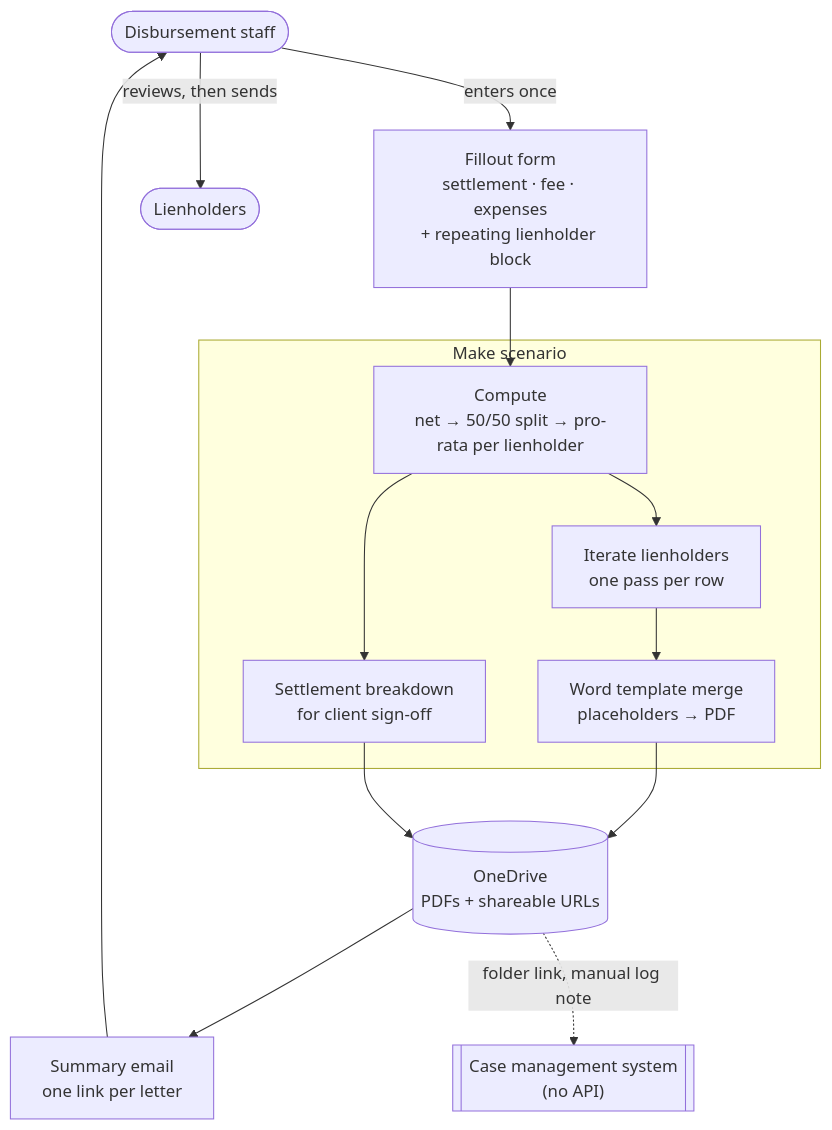
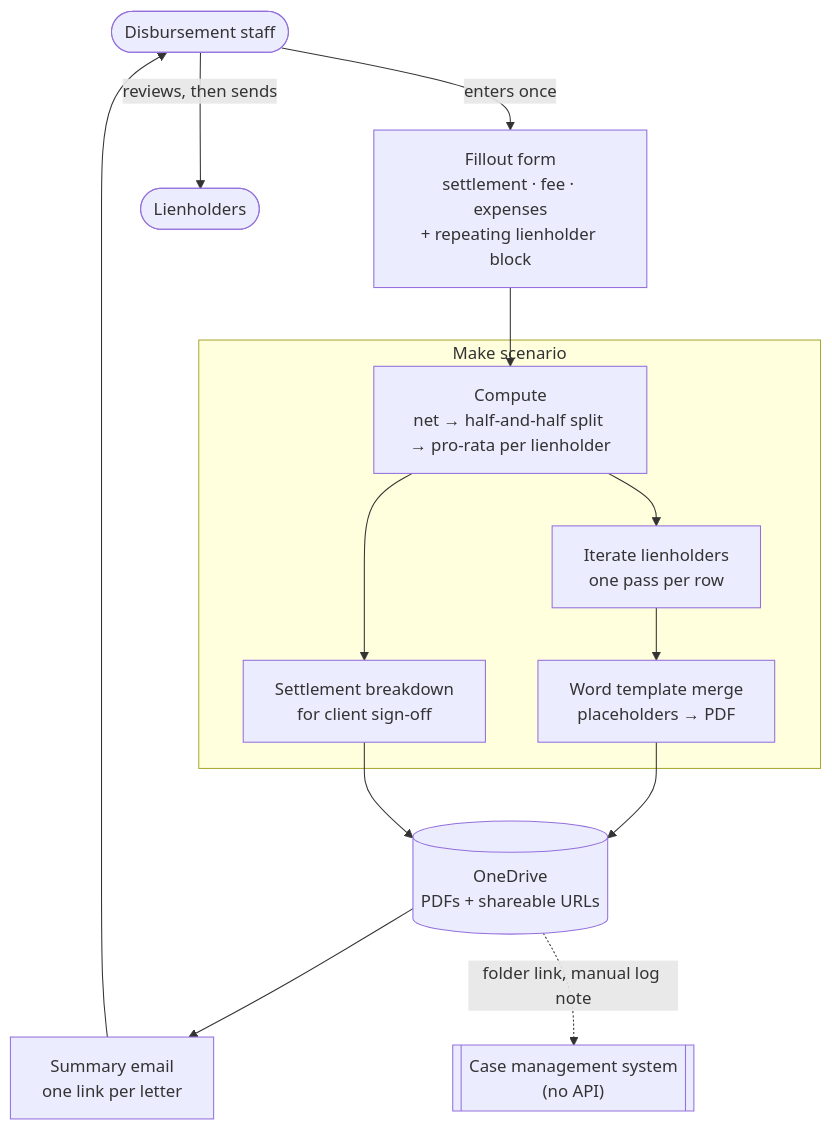
The diagram in lien-reduction-letters/README.md (laraderosa-lab/laraderosa-solutions), drawn with Mermaid before and after one commit. The commit also changed other lines of this file and 1 other file, not shown here.

````diff
--- a/lien-reduction-letters/README.md
+++ b/lien-reduction-letters/README.md
@@ -139,24 +129,24 @@
 ```mermaid
 flowchart TB
   staff(["Disbursement staff"])
 
   form["Fillout form<br/>settlement · fee · expenses<br/>+ repeating lienholder block"]
 
   subgraph orch["Make scenario"]
-    calc["Compute<br/>net → 50/50 split → pro-rata per lienholder"]
+    calc["Compute<br/>net → half-and-half split → pro-rata per lienholder"]
     iter["Iterate lienholders<br/>one pass per row"]
     merge["Word template merge<br/>placeholders → PDF"]
     brk["Settlement breakdown<br/>for client sign-off"]
   end
 
   store[("OneDrive<br/>PDFs + shareable URLs")]
   mail["Summary email<br/>one link per letter"]
   cms[["Case management system<br/>(no API)"]]
 
   staff -->|"enters once"| form --> calc
   calc --> iter --> merge --> store
   calc --> brk --> store
   store --> mail --> staff
   staff -->|"reviews, then sends"| out(["Lienholders"])
   store -.->|"folder link, manual log note"| cms
 ```
````
